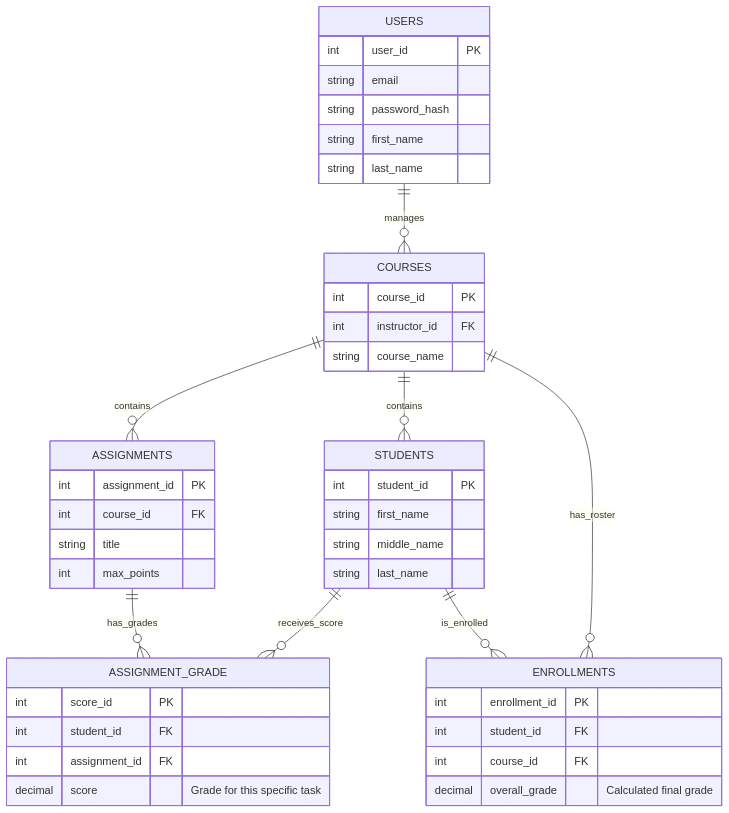
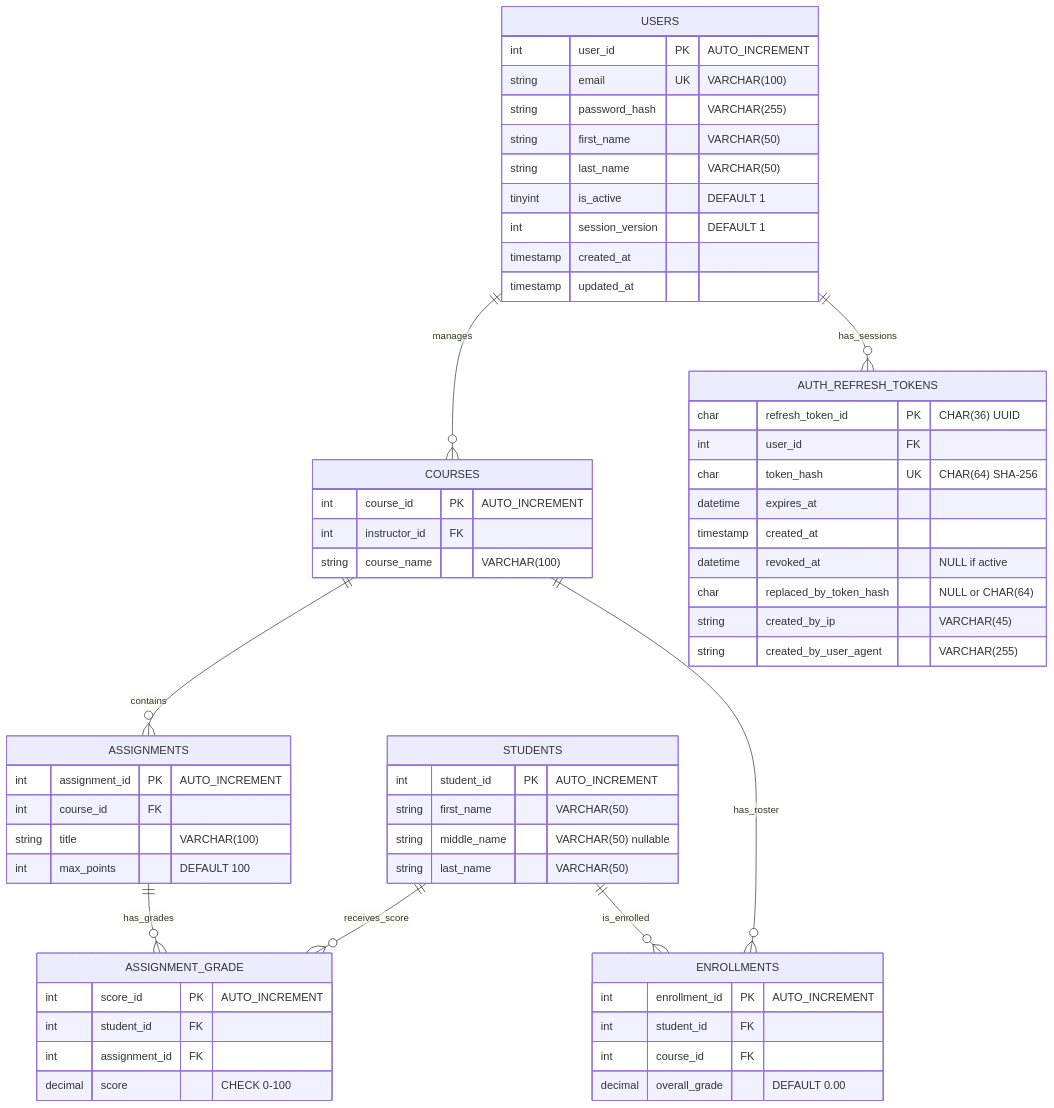
Before and after one commit to CS-416-Team2/CS416-Course-Dashboard: the diagram in DB/ERD.md, drawn with Mermaid.

Commit message:
erd updated

````diff
--- a/DB/ERD.md
+++ b/DB/ERD.md
@@ -3,54 +3,70 @@
 ```mermaid
 
 erDiagram
     USERS ||--o{ COURSES : "manages"
+    USERS ||--o{ AUTH_REFRESH_TOKENS : "has_sessions"
     COURSES ||--o{ ASSIGNMENTS : "contains"
-    COURSES ||--o{ STUDENTS : "contains"
     COURSES ||--o{ ENROLLMENTS : "has_roster"
     STUDENTS ||--o{ ENROLLMENTS : "is_enrolled"
     STUDENTS ||--o{ ASSIGNMENT_GRADE : "receives_score"
     ASSIGNMENTS ||--o{ ASSIGNMENT_GRADE : "has_grades"
 
     USERS {
-        int user_id PK
-        string email
-        string password_hash
-        string first_name
-        string last_name
+        int user_id PK "AUTO_INCREMENT"
+        string email UK "VARCHAR(100)"
+        string password_hash "VARCHAR(255)"
+        string first_name "VARCHAR(50)"
+        string last_name "VARCHAR(50)"
+        tinyint is_active "DEFAULT 1"
+        int session_version "DEFAULT 1"
+        timestamp created_at
+        timestamp updated_at
+    }
+
+    AUTH_REFRESH_TOKENS {
+        char refresh_token_id PK "CHAR(36) UUID"
+        int user_id FK
+        char token_hash UK "CHAR(64) SHA-256"
+        datetime expires_at
+        timestamp created_at
+        datetime revoked_at "NULL if active"
+        char replaced_by_token_hash "NULL or CHAR(64)"
+        string created_by_ip "VARCHAR(45)"
+        string created_by_user_agent "VARCHAR(255)"
+    }
+
+    STUDENTS {
+        int student_id PK "AUTO_INCREMENT"
+        string first_name "VARCHAR(50)"
+        string middle_name "VARCHAR(50) nullable"
+        string last_name "VARCHAR(50)"
     }
 
     COURSES {
-        int course_id PK
+        int course_id PK "AUTO_INCREMENT"
         int instructor_id FK
-        string course_name
+        string course_name "VARCHAR(100)"
     }
 
     ASSIGNMENTS {
-        int assignment_id PK
+        int assignment_id PK "AUTO_INCREMENT"
         int course_id FK
-        string title
-        int max_points
-    }
-
-    STUDENTS {
-        int student_id PK
-        string first_name
-        string middle_name
-        string last_name
+        string title "VARCHAR(100)"
+        int max_points "DEFAULT 100"
     }
 
     ENROLLMENTS {
-        int enrollment_id PK
+        int enrollment_id PK "AUTO_INCREMENT"
         int student_id FK
         int course_id FK
-        decimal overall_grade "Calculated final grade"
+        decimal overall_grade "DEFAULT 0.00"
     }
 
     ASSIGNMENT_GRADE {
-        int score_id PK
+        int score_id PK "AUTO_INCREMENT"
         int student_id FK
         int assignment_id FK
-        decimal score "Grade for this specific task"
+        decimal score "CHECK 0-100"
     }
 
 ```
````
